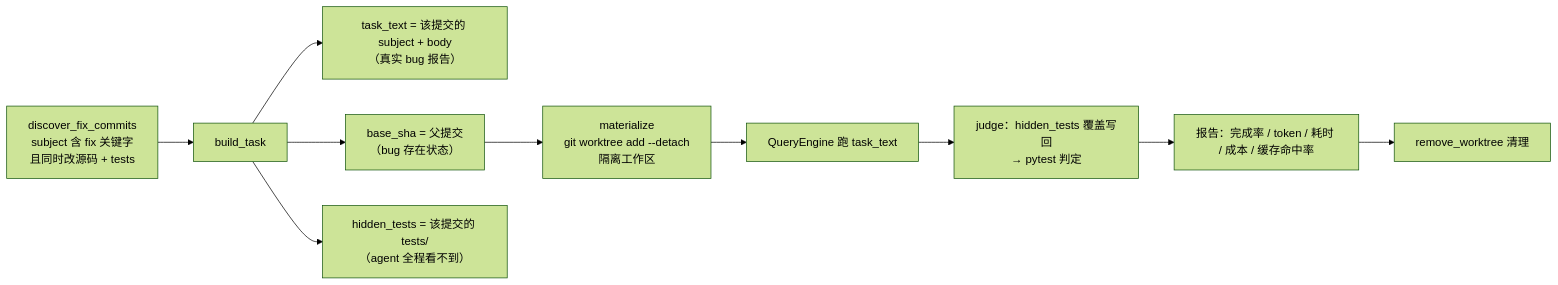
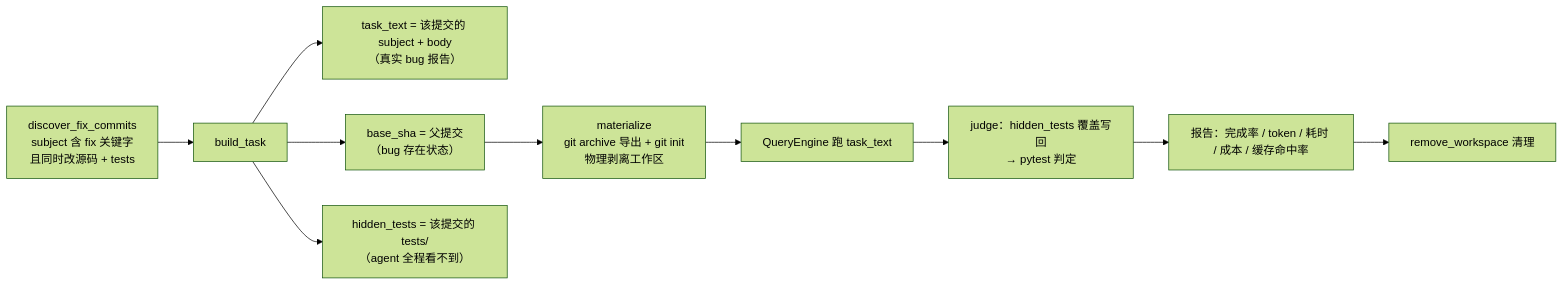
The tenth of 10 diagrams in docs/architecture.md (Goat-Donk/mini-coding), drawn with Mermaid (forest theme) before and after one commit. The commit also changed other lines of this file and 17 other files, not shown here.

````diff
--- a/docs/architecture.md
+++ b/docs/architecture.md
@@ -837,12 +837,12 @@
 ```mermaid
 flowchart LR
     A["discover_fix_commits<br/>subject 含 fix 关键字<br/>且同时改源码 + tests"] --> B["build_task"]
     B --> C["task_text = 该提交的 subject + body<br/>（真实 bug 报告）"]
     B --> D["base_sha = 父提交<br/>（bug 存在状态）"]
     B --> E["hidden_tests = 该提交的 tests/<br/>（agent 全程看不到）"]
-    D --> F["materialize<br/>git worktree add --detach<br/>隔离工作区"]
+    D --> F["materialize<br/>git archive 导出 + git init<br/>物理剥离工作区"]
     F --> G["QueryEngine 跑 task_text"]
     G --> H["judge：hidden_tests 覆盖写回<br/>→ pytest 判定"]
     H --> I["报告：完成率 / token / 耗时 / 成本 / 缓存命中率"]
-    I --> J["remove_worktree 清理"]
+    I --> J["remove_workspace 清理"]
 ```
````
